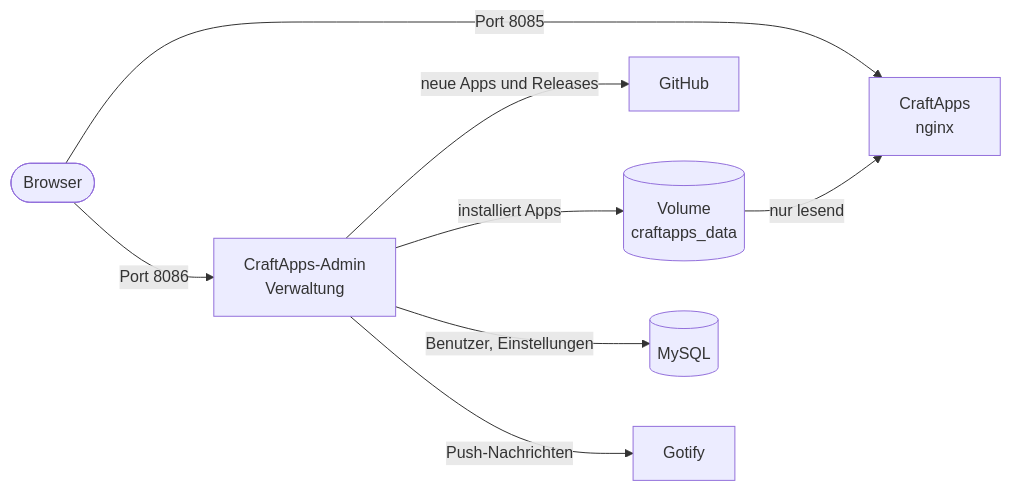
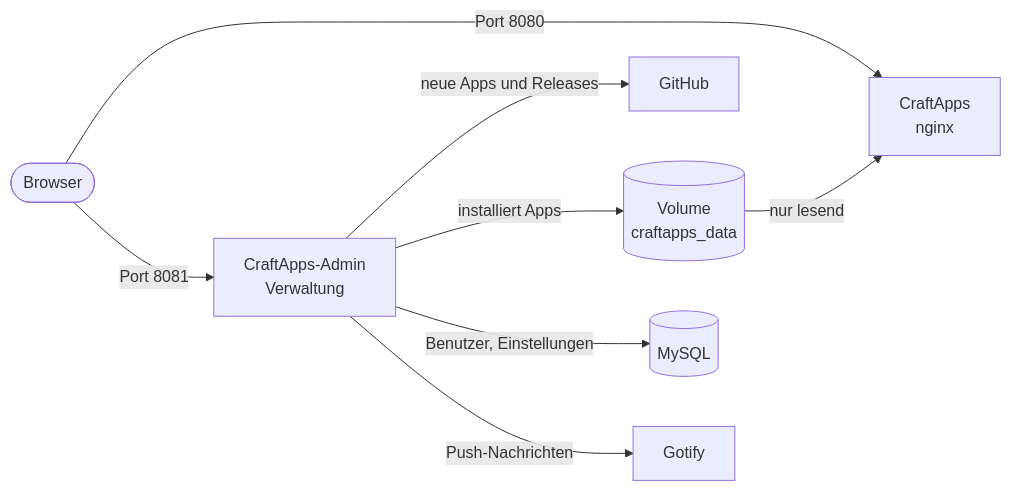
One commit to Pr0gh4nt3r/CraftApps changed the second of 4 diagrams in README.de.md. Above: the diagram before and after it, drawn with Mermaid. The commit also changed other lines of this file and 2 other files, not shown here.

````diff
--- a/README.de.md
+++ b/README.de.md
@@ -71,10 +71,10 @@
 ```mermaid
 flowchart LR
-  browser(["Browser"]) -->|"Port 8085"| web["CraftApps<br/>nginx"]
-  browser -->|"Port 8086"| admin["CraftApps-Admin<br/>Verwaltung"]
+  browser(["Browser"]) -->|"Port 8080"| web["CraftApps<br/>nginx"]
+  browser -->|"Port 8081"| admin["CraftApps-Admin<br/>Verwaltung"]
   admin -->|"neue Apps und Releases"| github["GitHub"]
   admin -->|"installiert Apps"| data[("Volume<br/>craftapps_data")]
   data -->|"nur lesend"| web
   admin -->|"Benutzer, Einstellungen"| mysql[("MySQL")]
   admin -->|"Push-Nachrichten"| gotify["Gotify"]
 ```
````
